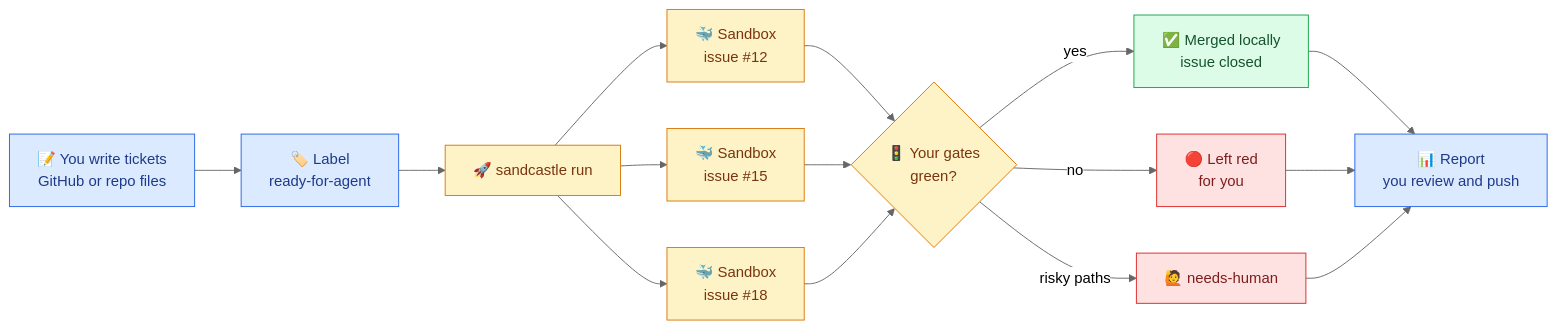
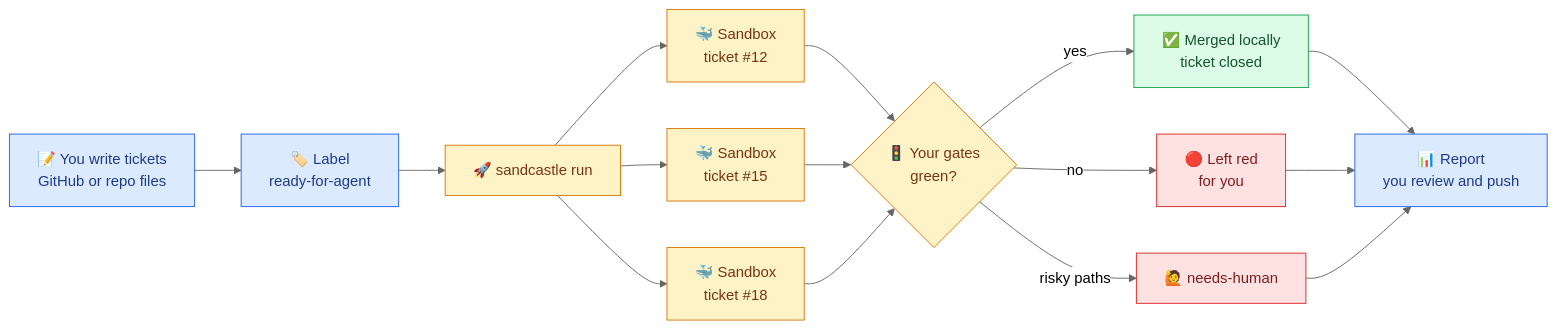
Before and after one commit to henkisdabro/sandcastle-kit: the first of 3 diagrams in README.md, drawn with Mermaid (neutral theme). The commit also changed other lines of this file and 29 other files, not shown here.

First line of the commit message:
docs: say ticket, not issue, in everything people and agents read

````diff
--- a/README.md
+++ b/README.md
@@ -159,26 +159,26 @@
 ```mermaid
 flowchart LR
     A["📝 You write tickets<br/>GitHub or repo files"] --> B["🏷️ Label<br/>ready-for-agent"]
     B --> C["🚀 sandcastle run"]
-    C --> D1["🐳 Sandbox<br/>issue #12"]
-    C --> D2["🐳 Sandbox<br/>issue #15"]
-    C --> D3["🐳 Sandbox<br/>issue #18"]
+    C --> D1["🐳 Sandbox<br/>ticket #12"]
+    C --> D2["🐳 Sandbox<br/>ticket #15"]
+    C --> D3["🐳 Sandbox<br/>ticket #18"]
     D1 --> E{"🚦 Your gates<br/>green?"}
     D2 --> E
     D3 --> E
-    E -- "yes" --> F["✅ Merged locally<br/>issue closed"]
+    E -- "yes" --> F["✅ Merged locally<br/>ticket closed"]
     E -- "no" --> G["🔴 Left red<br/>for you"]
     E -- "risky paths" --> H["🙋 needs-human"]
     F --> I["📊 Report<br/>you review and push"]
     G --> I
     H --> I
 
     classDef you fill:#dbeafe,stroke:#2563eb,color:#1e3a8a
     classDef kit fill:#fef3c7,stroke:#d97706,color:#78350f
     classDef ok fill:#dcfce7,stroke:#16a34a,color:#14532d
     classDef bad fill:#fee2e2,stroke:#dc2626,color:#7f1d1d
     class A,B,I you
     class C,D1,D2,D3,E kit
     class F ok
     class G,H bad
 ```
````
